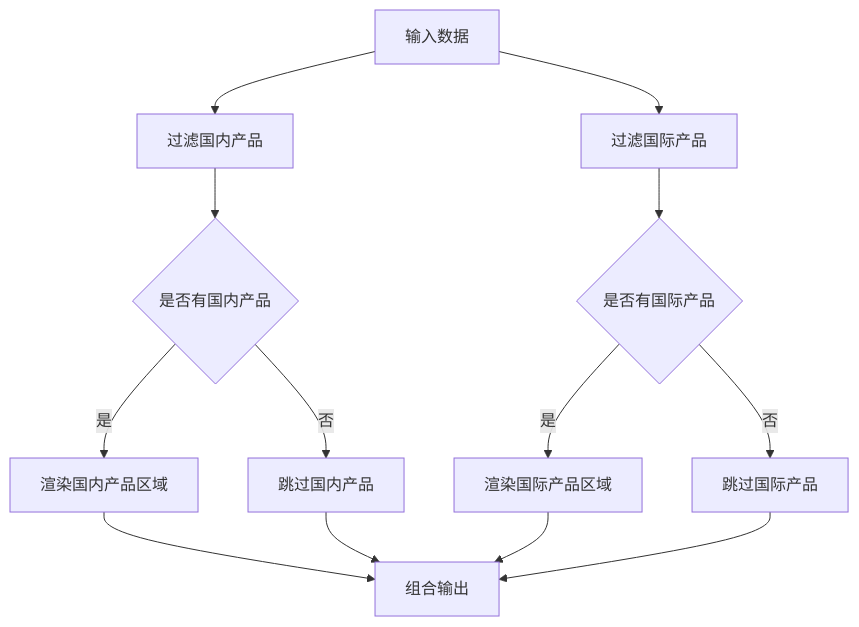
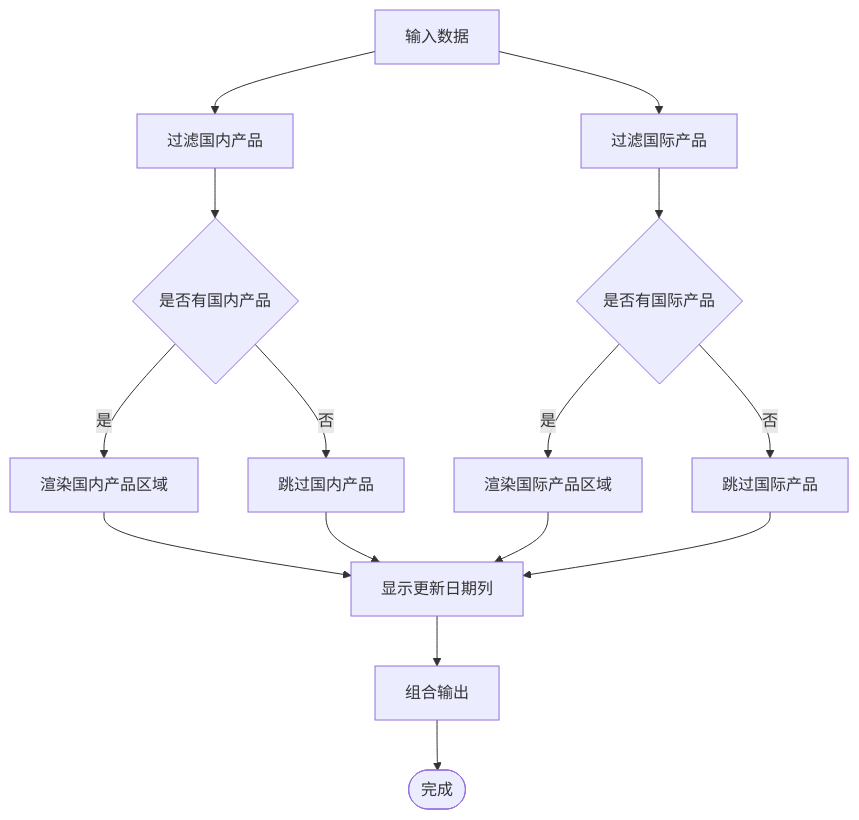
One commit to liangxuanliang-cmd/carbon-info-agent changed the ninth of 17 diagrams in .qoder/repowiki/zh/content/功能模块/碳价格监控模块.md. Above: the diagram before and after it, drawn with Mermaid. The commit also changed other lines of this file and 8 other files, not shown here.

````diff
--- a/.qoder/repowiki/zh/content/功能模块/碳价格监控模块.md
+++ b/.qoder/repowiki/zh/content/功能模块/碳价格监控模块.md
@@ -374,15 +454,17 @@
 ```mermaid
 flowchart TD
 Input[输入数据] --> FilterDomestic["过滤国内产品"]
 Input --> FilterInternational["过滤国际产品"]
 FilterDomestic --> CheckDomestic{"是否有国内产品"}
 FilterInternational --> CheckInternational{"是否有国际产品"}
 CheckDomestic --> |是| RenderDomestic["渲染国内产品区域"]
 CheckDomestic --> |否| SkipDomestic["跳过国内产品"]
 CheckInternational --> |是| RenderInternational["渲染国际产品区域"]
 CheckInternational --> |否| SkipInternational["跳过国际产品"]
-RenderDomestic --> Combine["组合输出"]
-SkipDomestic --> Combine
-RenderInternational --> Combine
-SkipInternational --> Combine
+RenderDomestic --> RenderUpdateDate["显示更新日期列"]
+SkipDomestic --> RenderUpdateDate
+RenderInternational --> RenderUpdateDate
+SkipInternational --> RenderUpdateDate
+RenderUpdateDate --> Combine["组合输出"]
+Combine --> End([完成])
 ```
````
